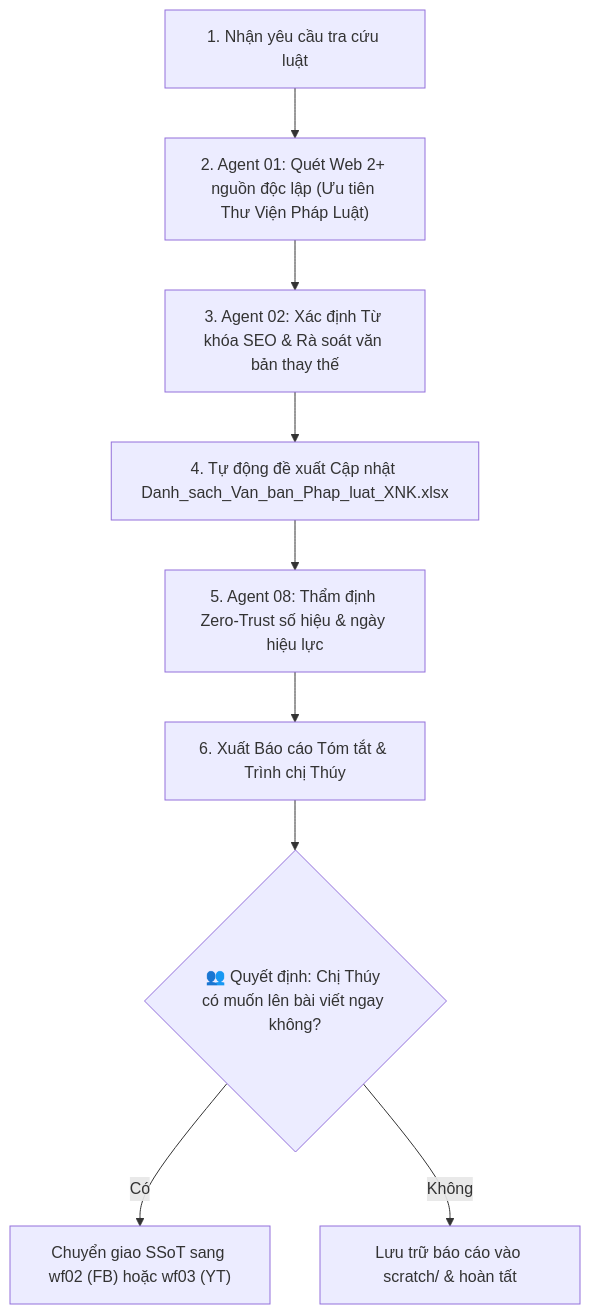
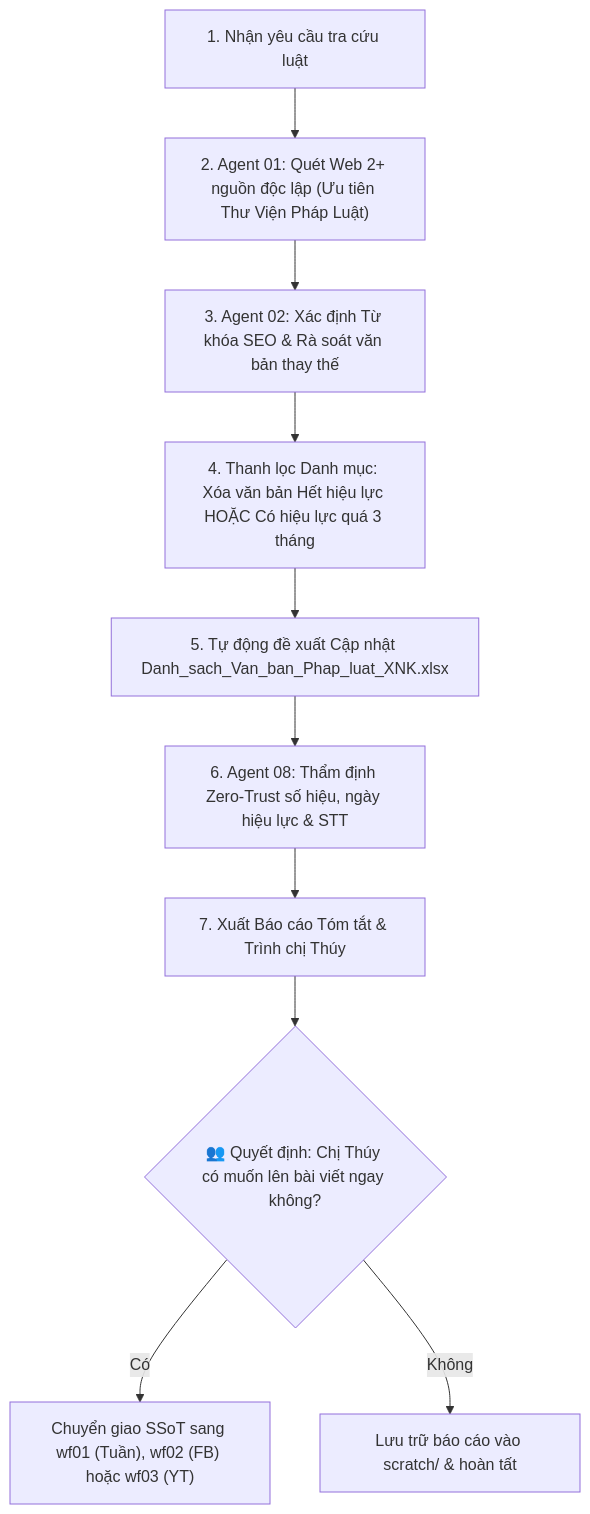
Before and after one commit to thuysyooyoo/AI-branding: the diagram in workflows/wf04_legal_research.md, drawn with Mermaid. The commit also changed other lines of this file and 861 other files, not shown here.

````diff
--- a/workflows/wf04_legal_research.md
+++ b/workflows/wf04_legal_research.md
@@ -21,11 +23,12 @@
 ```mermaid
 graph TD
     A["1. Nhận yêu cầu tra cứu luật"] --> B["2. Agent 01: Quét Web 2+ nguồn độc lập (Ưu tiên Thư Viện Pháp Luật)"]
     B --> C["3. Agent 02: Xác định Từ khóa SEO & Rà soát văn bản thay thế"]
-    C --> D["4. Tự động đề xuất Cập nhật Danh_sach_Van_ban_Phap_luat_XNK.xlsx"]
-    D --> E["5. Agent 08: Thẩm định Zero-Trust số hiệu & ngày hiệu lực"]
-    E --> F["6. Xuất Báo cáo Tóm tắt & Trình chị Thúy"]
-    F --> G{"👥 Quyết định: Chị Thúy có muốn lên bài viết ngay không?"}
-    G -- "Có" --> H["Chuyển giao SSoT sang wf02 (FB) hoặc wf03 (YT)"]
-    G -- "Không" --> I["Lưu trữ báo cáo vào scratch/ & hoàn tất"]
+    C --> D["4. Thanh lọc Danh mục: Xóa văn bản Hết hiệu lực HOẶC Có hiệu lực quá 3 tháng"]
+    D --> E["5. Tự động đề xuất Cập nhật Danh_sach_Van_ban_Phap_luat_XNK.xlsx"]
+    E --> F["6. Agent 08: Thẩm định Zero-Trust số hiệu, ngày hiệu lực & STT"]
+    F --> G["7. Xuất Báo cáo Tóm tắt & Trình chị Thúy"]
+    G --> H{"👥 Quyết định: Chị Thúy có muốn lên bài viết ngay không?"}
+    H -- "Có" --> I["Chuyển giao SSoT sang wf01 (Tuần), wf02 (FB) hoặc wf03 (YT)"]
+    H -- "Không" --> K["Lưu trữ báo cáo vào scratch/ & hoàn tất"]
 ```
````
